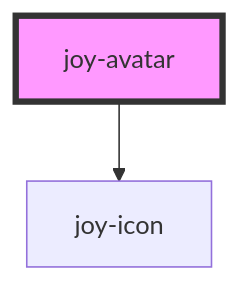
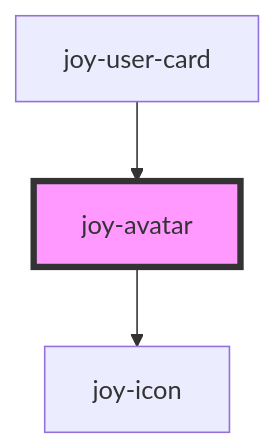
One commit to Maltcommunity/joy changed the diagram in core/src/components/avatar/readme.md. Above: the diagram before and after it, drawn with Mermaid. The commit also changed other lines of this file and 9 other files, not shown here.

Commit message:
Migrate user card

````diff
--- a/core/src/components/avatar/readme.md
+++ b/core/src/components/avatar/readme.md
@@ -67,5 +85,6 @@
 ```mermaid
 graph TD;
   joy-avatar --> joy-icon
+  joy-user-card --> joy-avatar
   style joy-avatar fill:#f9f,stroke:#333,stroke-width:4px
 ```
````
